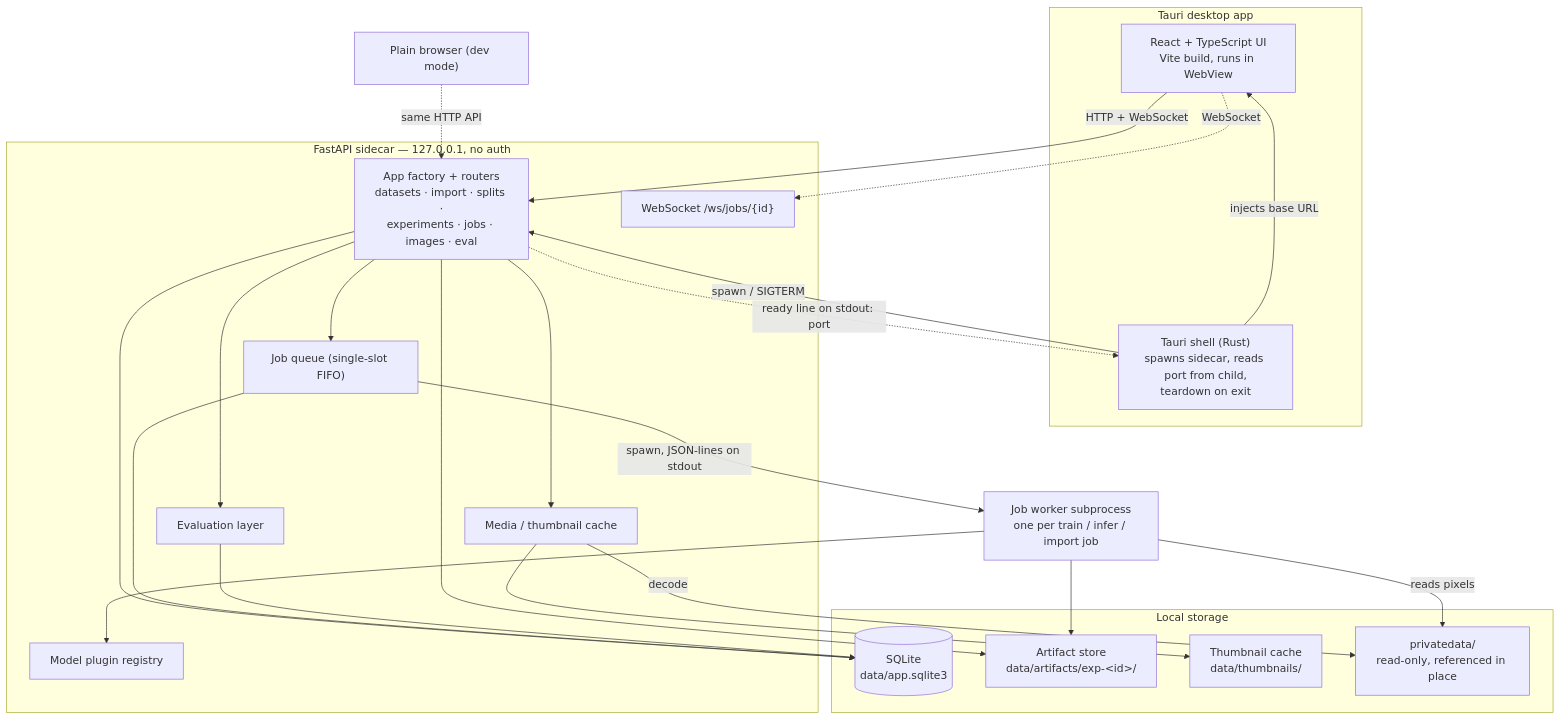
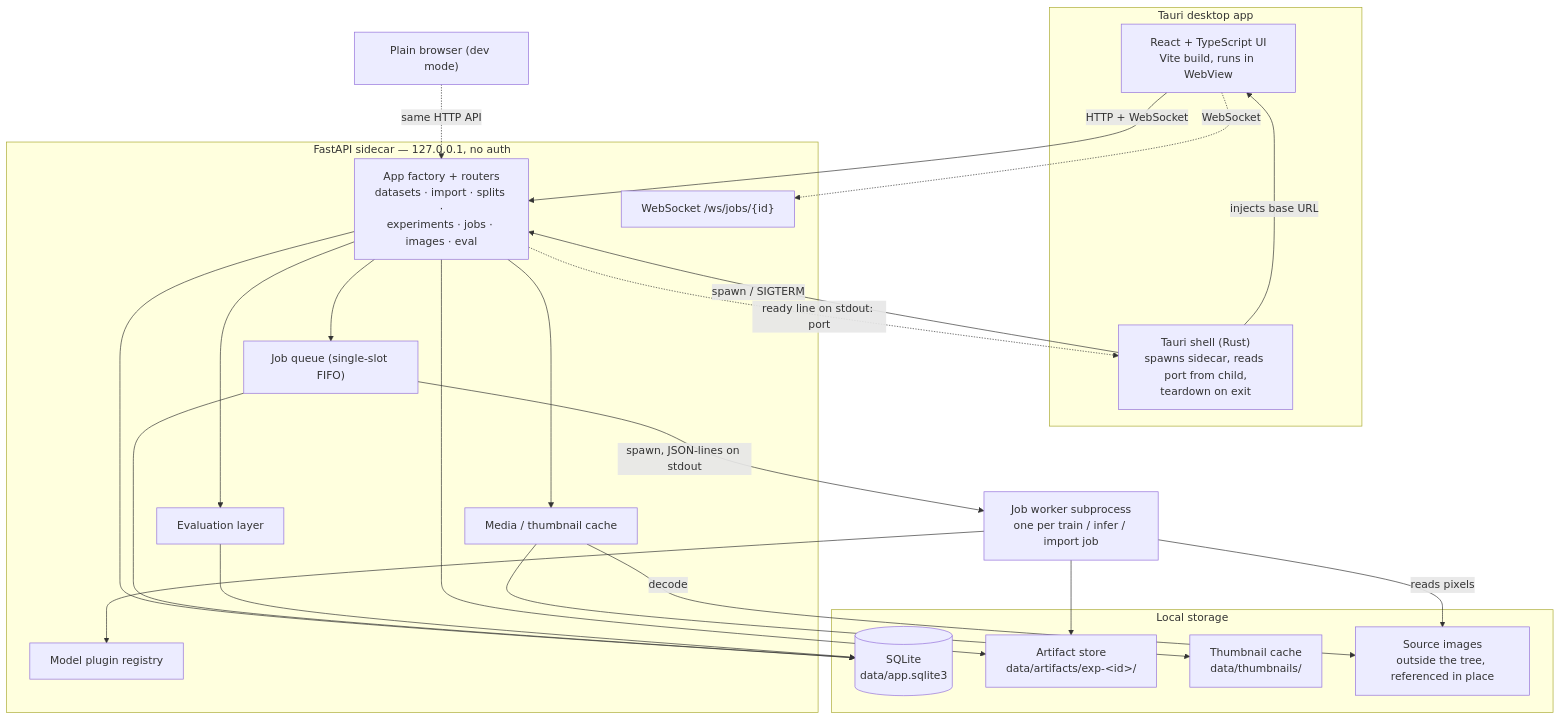
One commit to VitalyVorobyev/visual-anomaly-lab changed the first of 3 diagrams in docs/system-design.md. Above: the diagram before and after it, drawn with Mermaid. The commit also changed other lines of this file and 4 other files, not shown here.

````diff
--- a/docs/system-design.md
+++ b/docs/system-design.md
@@ -59,48 +61,48 @@
 ```mermaid
 flowchart TB
     subgraph desktop["Tauri desktop app"]
         UI["React + TypeScript UI<br/>Vite build, runs in WebView"]
         SHELL["Tauri shell (Rust)<br/>spawns sidecar, reads port from child,<br/>teardown on exit"]
     end
 
     subgraph backend["FastAPI sidecar — 127.0.0.1, no auth"]
         API["App factory + routers<br/>datasets · import · splits ·<br/>experiments · jobs · images · eval"]
         WS["WebSocket /ws/jobs/{id}"]
         REG["Model plugin registry"]
         QUEUE["Job queue (single-slot FIFO)"]
         EVAL["Evaluation layer"]
         MEDIA["Media / thumbnail cache"]
     end
 
     WORKER["Job worker subprocess<br/>one per train / infer / import job"]
 
     subgraph storage["Local storage"]
         DB[("SQLite<br/>data/app.sqlite3")]
         ART["Artifact store<br/>data/artifacts/exp-&lt;id&gt;/"]
         THUMB["Thumbnail cache<br/>data/thumbnails/"]
-        PRIV["privatedata/<br/>read-only, referenced in place"]
+        PRIV["Source images<br/>outside the tree, referenced in place"]
     end
 
     UI -->|"HTTP + WebSocket"| API
     UI -.->|"WebSocket"| WS
     SHELL -->|"spawn / SIGTERM"| API
     API -.->|"ready line on stdout: port"| SHELL
     SHELL -->|"injects base URL"| UI
 
     API --> QUEUE
     API --> EVAL
     API --> MEDIA
     QUEUE -->|"spawn, JSON-lines on stdout"| WORKER
     WORKER --> REG
     WORKER --> ART
     WORKER -->|"reads pixels"| PRIV
 
     API --> DB
     QUEUE --> DB
     EVAL --> DB
     MEDIA --> THUMB
     MEDIA -->|"decode"| PRIV
     API --> ART
 
     BROWSER["Plain browser (dev mode)"] -.->|"same HTTP API"| API
 ```
````
